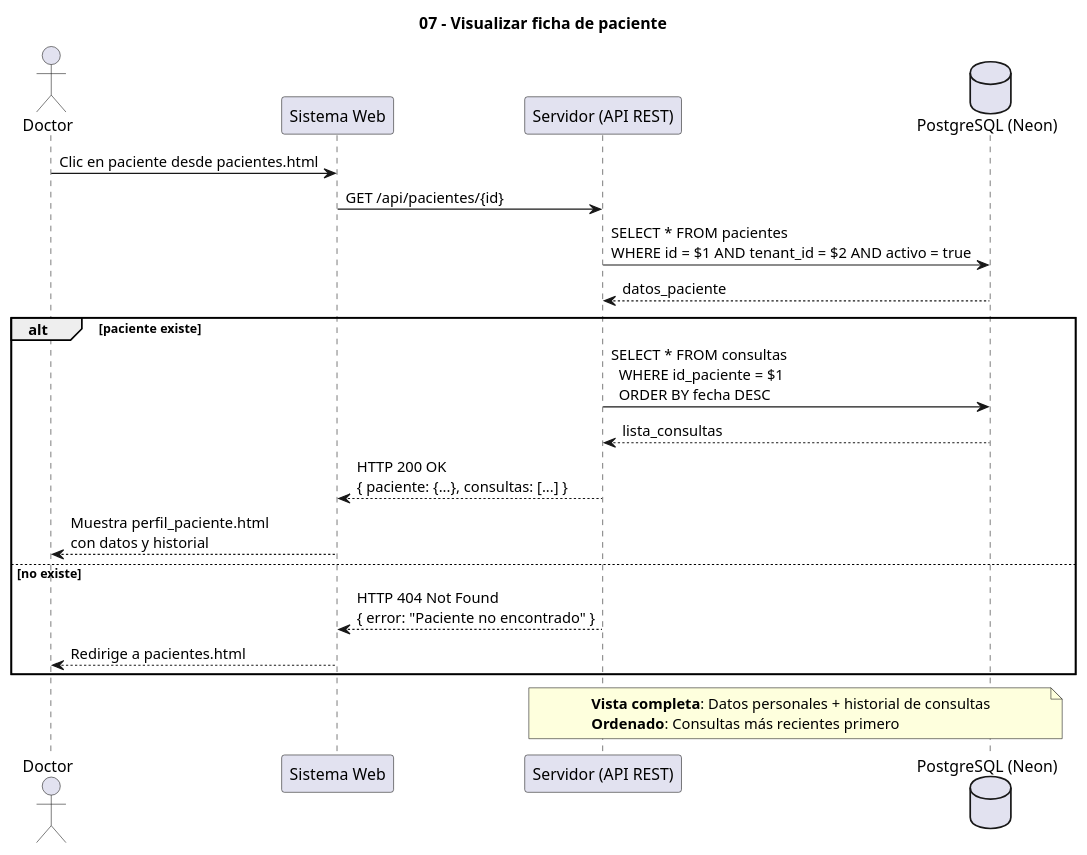
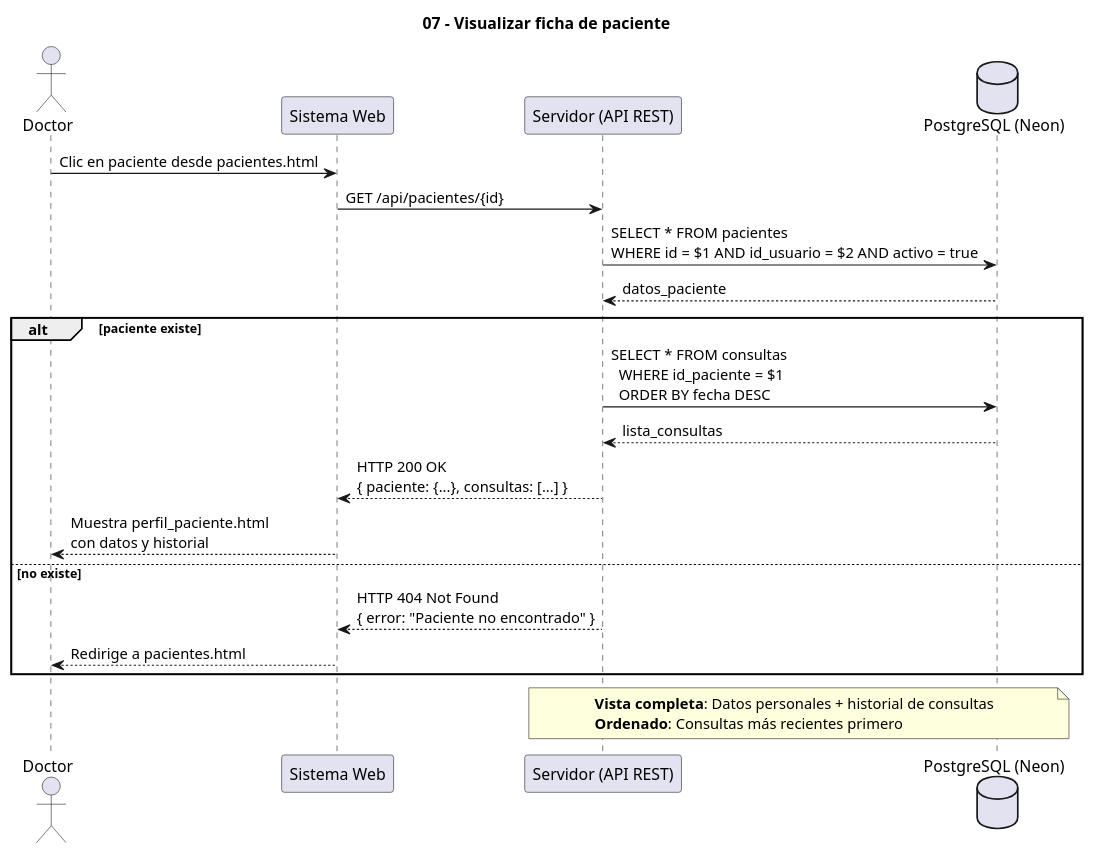
The diagram in docs/07_visualizar_paciente.puml (marcostoledo96/mvp_historias-clinicas), drawn with PlantUML before and after one commit. The commit also changed 38 other files, not shown here.

Commit message:
Actualizacion UML

```diff
--- a/docs/07_visualizar_paciente.puml
+++ b/docs/07_visualizar_paciente.puml
@@ -1,34 +1,34 @@
 @startuml
 ' Diagrama 07 - Visualizar paciente
 ' Ver ficha completa con historial de consultas
 title 07 - Visualizar ficha de paciente
 
 actor Doctor
 participant "Sistema Web" as Web
 participant "Servidor (API REST)" as Server
 database "PostgreSQL (Neon)" as DB
 
 Doctor -> Web : Clic en paciente desde pacientes.html
 Web -> Server : GET /api/pacientes/{id}
 
-Server -> DB : SELECT * FROM pacientes\nWHERE id = $1 AND tenant_id = $2 AND activo = true
+Server -> DB : SELECT * FROM pacientes\nWHERE id = $1 AND id_usuario = $2 AND activo = true
 DB --> Server : datos_paciente
 
 alt paciente existe
   Server -> DB : SELECT * FROM consultas\n  WHERE id_paciente = $1\n  ORDER BY fecha DESC
   DB --> Server : lista_consultas
   
   Server --> Web : HTTP 200 OK\n{ paciente: {...}, consultas: [...] }
   Web --> Doctor : Muestra perfil_paciente.html\ncon datos y historial
   
 else no existe
   Server --> Web : HTTP 404 Not Found\n{ error: "Paciente no encontrado" }
   Web --> Doctor : Redirige a pacientes.html
 end
 
 note over Server, DB
   **Vista completa**: Datos personales + historial de consultas
   **Ordenado**: Consultas más recientes primero
 end note
 
 @enduml
```
